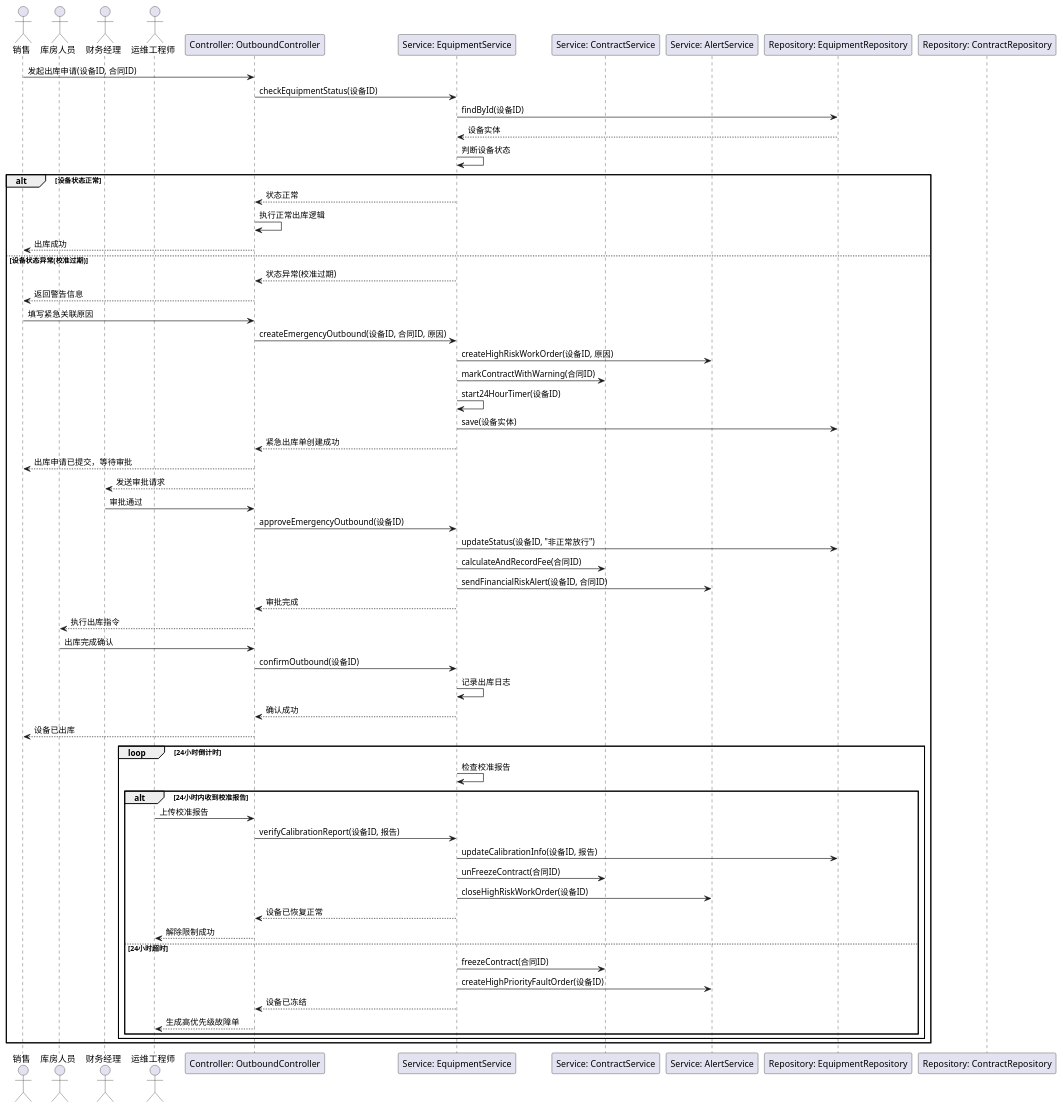
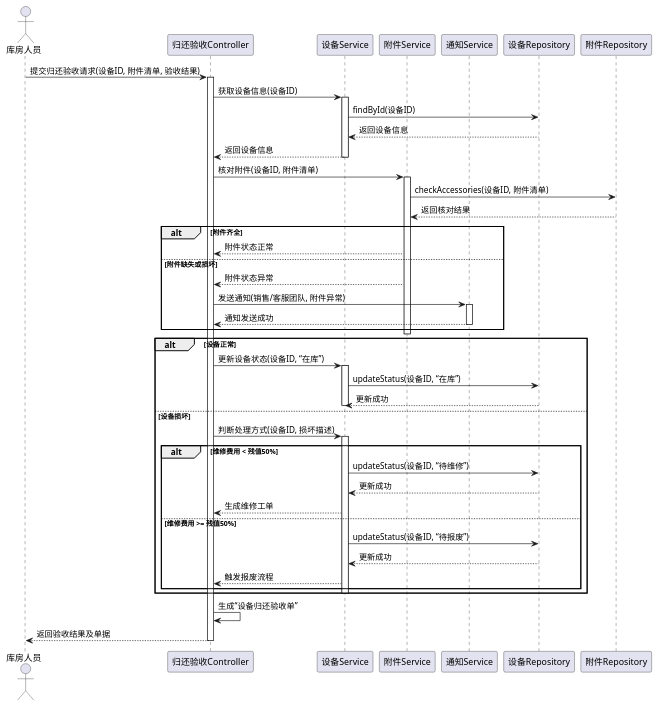
One commit to JiangHuanzhen/medical-device-rental-system changed the fourth of 5 diagrams in .claude/knowledge-base/wiki/summaries/行为模型图-20260626-v1.puml. Above: the diagram before and after it, drawn with PlantUML. The commit also changed other lines of this file and 30 other files, not shown here.

```diff
--- a/.claude/knowledge-base/wiki/summaries/行为模型图-20260626-v1.puml
+++ b/.claude/knowledge-base/wiki/summaries/行为模型图-20260626-v1.puml
@@ -150,65 +171,60 @@
 @startuml
-actor 销售
-actor 库房人员
-actor 财务经理
-actor 运维工程师
-participant "Controller: OutboundController" as Controller
-participant "Service: EquipmentService" as Service
-participant "Service: ContractService" as ContractService
-participant "Service: AlertService" as AlertService
-participant "Repository: EquipmentRepository" as EquipmentRepo
-participant "Repository: ContractRepository" as ContractRepo
+actor "库房人员" as WH
+participant "归还验收Controller" as RC
+participant "设备Service" as ES
+participant "附件Service" as AS
+participant "通知Service" as NS
+participant "设备Repository" as ER
+participant "附件Repository" as AR
 
-销售 -> Controller: 发起出库申请(设备ID, 合同ID)
-Controller -> Service: checkEquipmentStatus(设备ID)
-Service -> EquipmentRepo: findById(设备ID)
-EquipmentRepo --> Service: 设备实体
-Service -> Service: 判断设备状态
-alt 设备状态正常
-    Service --> Controller: 状态正常
-    Controller -> Controller: 执行正常出库逻辑
-    Controller --> 销售: 出库成功
-else 设备状态异常(校准过期)
-    Service --> Controller: 状态异常(校准过期)
-    Controller --> 销售: 返回警告信息
-    销售 -> Controller: 填写紧急关联原因
-    Controller -> Service: createEmergencyOutbound(设备ID, 合同ID, 原因)
-    Service -> AlertService: createHighRiskWorkOrder(设备ID, 原因)
-    Service -> ContractService: markContractWithWarning(合同ID)
-    Service -> Service: start24HourTimer(设备ID)
-    Service -> EquipmentRepo: save(设备实体)
-    Service --> Controller: 紧急出库单创建成功
-    Controller --> 销售: 出库申请已提交，等待审批
-    Controller --> 财务经理: 发送审批请求
-    财务经理 -> Controller: 审批通过
-    Controller -> Service: approveEmergencyOutbound(设备ID)
-    Service -> EquipmentRepo: updateStatus(设备ID, "非正常放行")
-    Service -> ContractService: calculateAndRecordFee(合同ID)
-    Service -> AlertService: sendFinancialRiskAlert(设备ID, 合同ID)
-    Service --> Controller: 审批完成
-    Controller --> 库房人员: 执行出库指令
-    库房人员 -> Controller: 出库完成确认
-    Controller -> Service: confirmOutbound(设备ID)
-    Service -> Service: 记录出库日志
-    Service --> Controller: 确认成功
-    Controller --> 销售: 设备已出库
-    loop 24小时倒计时
-        Service -> Service: 检查校准报告
-        alt 24小时内收到校准报告
-            运维工程师 -> Controller: 上传校准报告
-            Controller -> Service: verifyCalibrationReport(设备ID, 报告)
-            Service -> EquipmentRepo: updateCalibrationInfo(设备ID, 报告)
-            Service -> ContractService: unFreezeContract(合同ID)
-            Service -> AlertService: closeHighRiskWorkOrder(设备ID)
-            Service --> Controller: 设备已恢复正常
-            Controller --> 运维工程师: 解除限制成功
-        else 24小时超时
-            Service -> ContractService: freezeContract(合同ID)
-            Service -> AlertService: createHighPriorityFaultOrder(设备ID)
-            Service --> Controller: 设备已冻结
-            Controller --> 运维工程师: 生成高优先级故障单
-        end
-    end
+WH -> RC: 提交归还验收请求(设备ID, 附件清单, 验收结果)
+activate RC
+
+RC -> ES: 获取设备信息(设备ID)
+activate ES
+ES -> ER: findById(设备ID)
+ER --> ES: 返回设备信息
+ES --> RC: 返回设备信息
+deactivate ES
+
+RC -> AS: 核对附件(设备ID, 附件清单)
+activate AS
+AS -> AR: checkAccessories(设备ID, 附件清单)
+AR --> AS: 返回核对结果
+alt 附件齐全
+  AS --> RC: 附件状态正常
+else 附件缺失或损坏
+  AS --> RC: 附件状态异常
+  RC -> NS: 发送通知(销售/客服团队, 附件异常)
+  activate NS
+  NS --> RC: 通知发送成功
+  deactivate NS
+end
+deactivate AS
+
+alt 设备正常
+  RC -> ES: 更新设备状态(设备ID, “在库”)
+  activate ES
+  ES -> ER: updateStatus(设备ID, “在库”)
+  ER --> ES: 更新成功
+  deactivate ES
+else 设备损坏
+  RC -> ES: 判断处理方式(设备ID, 损坏描述)
+  activate ES
+  alt 维修费用 < 残值50%
+    ES -> ER: updateStatus(设备ID, “待维修”)
+    ER --> ES: 更新成功
+    ES --> RC: 生成维修工单
+  else 维修费用 >= 残值50%
+    ES -> ER: updateStatus(设备ID, “待报废”)
+    ER --> ES: 更新成功
+    ES --> RC: 触发报废流程
+  end
+  deactivate ES
 end
 
+RC -> RC: 生成“设备归还验收单”
+RC --> WH: 返回验收结果及单据
+deactivate RC
+
 @enduml
```
